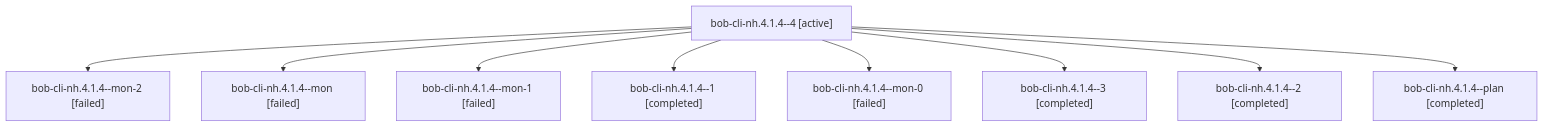
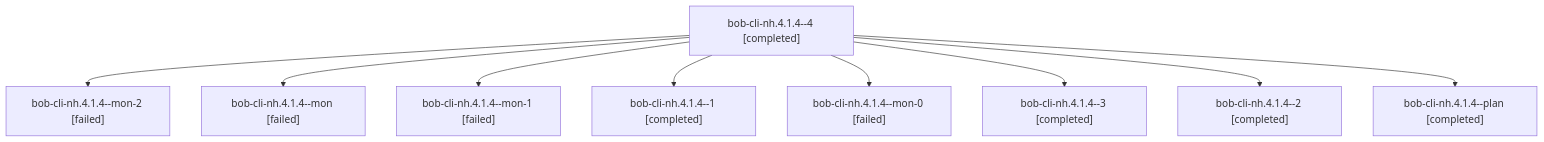
The diagram in sessions/bbugyi200.athena.bob-cli-nh.4.1.4.md (bobs-org/bob-cli--agents), drawn with Mermaid before and after one commit. The commit also changed other lines of this file and 95 other files, not shown here.

````diff
--- a/sessions/bbugyi200.athena.bob-cli-nh.4.1.4.md
+++ b/sessions/bbugyi200.athena.bob-cli-nh.4.1.4.md
@@ -9,20 +9,20 @@
 ```mermaid
 flowchart TD
-  n0["bob-cli-nh.4.1.4--4 [active]"]
+  n0["bob-cli-nh.4.1.4--4 [completed]"]
   n1["bob-cli-nh.4.1.4--mon-2 [failed]"]
   n0 --> n1
   n2["bob-cli-nh.4.1.4--mon [failed]"]
   n0 --> n2
   n3["bob-cli-nh.4.1.4--mon-1 [failed]"]
   n0 --> n3
   n4["bob-cli-nh.4.1.4--1 [completed]"]
   n0 --> n4
   n5["bob-cli-nh.4.1.4--mon-0 [failed]"]
   n0 --> n5
   n6["bob-cli-nh.4.1.4--3 [completed]"]
   n0 --> n6
   n7["bob-cli-nh.4.1.4--2 [completed]"]
   n0 --> n7
   n8["bob-cli-nh.4.1.4--plan [completed]"]
   n0 --> n8
 ```
````
